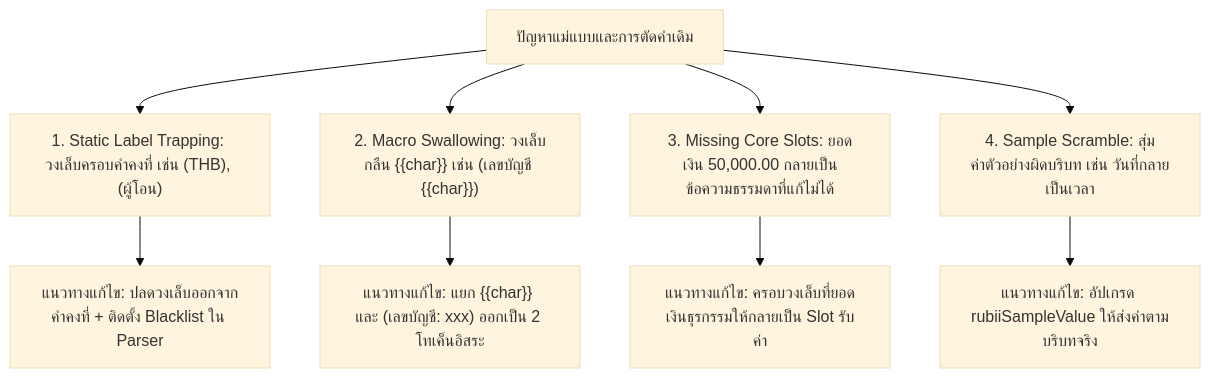
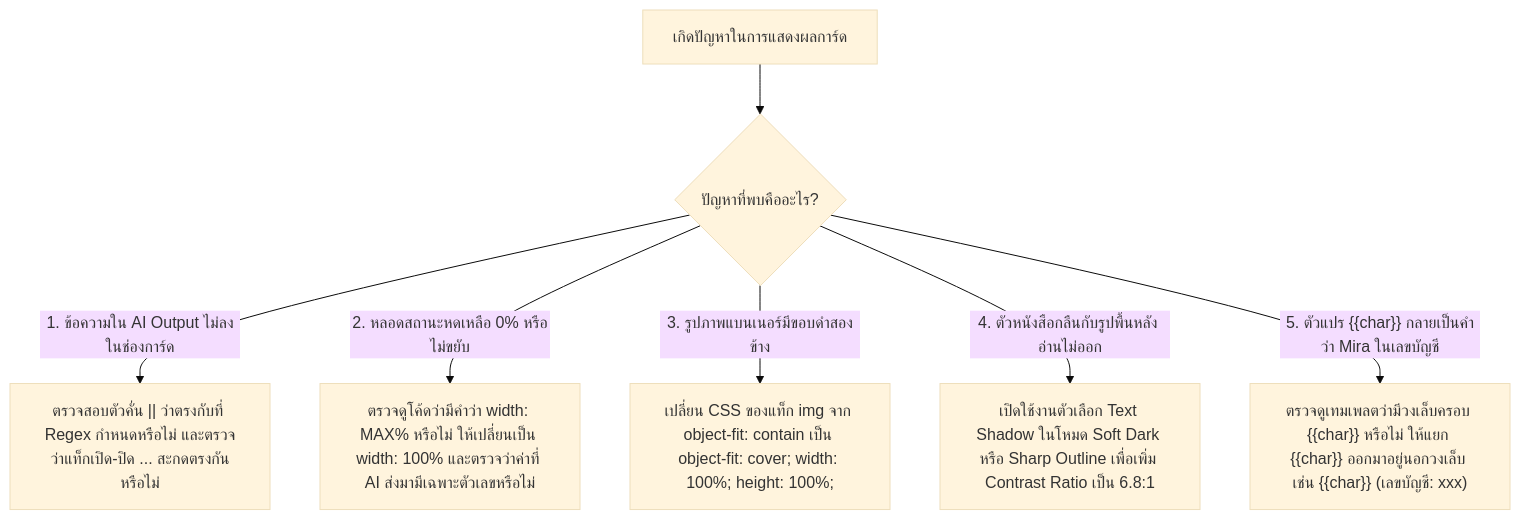
Before and after one commit to jadesolju/Snippet-Studio: the seventh of 7 diagrams in RUBII_CODE_STUDY_AND_ARCHITECTURE_RESEARCH.md, drawn with Mermaid (base theme). The commit also changed other lines of this file, not shown here.

Commit message:
docs: master internal engineering study guide and architecture manual

````diff
--- a/RUBII_CODE_STUDY_AND_ARCHITECTURE_RESEARCH.md
+++ b/RUBII_CODE_STUDY_AND_ARCHITECTURE_RESEARCH.md
@@ -200,12 +308,10 @@
 ```mermaid
-graph TD
-    A["ปัญหาแม่แบบและการตัดคำเดิม"] --> B["1. Static Label Trapping: วงเล็บครอบคำคงที่ เช่น (THB), (ผู้โอน)"]
-    A --> C["2. Macro Swallowing: วงเล็บกลืน {{char}} เช่น (เลขบัญชี {{char}})"]
-    A --> D["3. Missing Core Slots: ยอดเงิน 50,000.00 กลายเป็นข้อความธรรมดาที่แก้ไม่ได้"]
-    A --> E["4. Sample Scramble: สุ่มค่าตัวอย่างผิดบริบท เช่น วันที่กลายเป็นเวลา"]
-    
-    B --> F["แนวทางแก้ไข: ปลดวงเล็บออกจากคำคงที่ + ติดตั้ง Blacklist ใน Parser"]
-    C --> G["แนวทางแก้ไข: แยก {{char}} และ (เลขบัญชี: xxx) ออกเป็น 2 โทเค็นอิสระ"]
-    D --> H["แนวทางแก้ไข: ครอบวงเล็บที่ยอดเงินธุรกรรมให้กลายเป็น Slot รับค่า"]
-    E --> I["แนวทางแก้ไข: อัปเกรด rubiiSampleValue ให้ส่งค่าตามบริบทจริง"]
+flowchart TD
+    Start["เกิดปัญหาในการแสดงผลการ์ด"] --> Q1{"ปัญหาที่พบคืออะไร?"}
+
+    Q1 -->|"1. ข้อความใน AI Output ไม่ลงในช่องการ์ด"| D1["ตรวจสอบตัวคั่น || ว่าตรงกับที่ Regex กำหนดหรือไม่ และตรวจว่าแท็กเปิด-ปิด <tag>...</tag> สะกดตรงกันหรือไม่"]
+    Q1 -->|"2. หลอดสถานะหดเหลือ 0% หรือไม่ขยับ"| D2["ตรวจดูโค้ดว่ามีคำว่า width: MAX% หรือไม่ ให้เปลี่ยนเป็น width: 100% และตรวจว่าค่าที่ AI ส่งมามีเฉพาะตัวเลขหรือไม่"]
+    Q1 -->|"3. รูปภาพแบนเนอร์มีขอบดำสองข้าง"| D3["เปลี่ยน CSS ของแท็ก img จาก object-fit: contain เป็น object-fit: cover; width: 100%; height: 100%;"]
+    Q1 -->|"4. ตัวหนังสือกลืนกับรูปพื้นหลัง อ่านไม่ออก"| D4["เปิดใช้งานตัวเลือก Text Shadow ในโหมด Soft Dark หรือ Sharp Outline เพื่อเพิ่ม Contrast Ratio เป็น 6.8:1"]
+    Q1 -->|"5. ตัวแปร {{char}} กลายเป็นคำว่า Mira ในเลขบัญชี"| D5["ตรวจดูเทมเพลตว่ามีวงเล็บครอบ {{char}} หรือไม่ ให้แยก {{char}} ออกมาอยู่นอกวงเล็บ เช่น {{char}} (เลขบัญชี: xxx)"]
 ```
````
